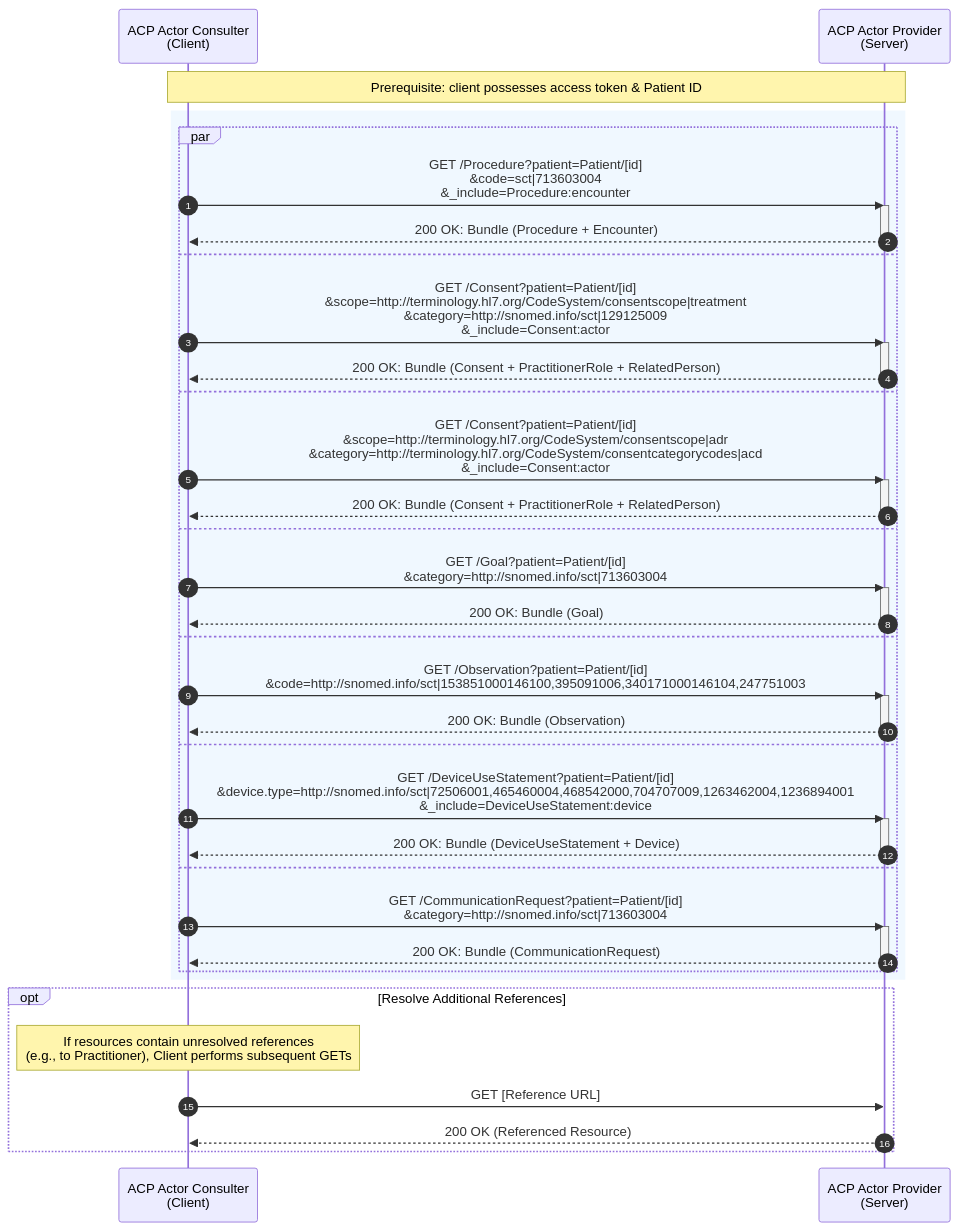
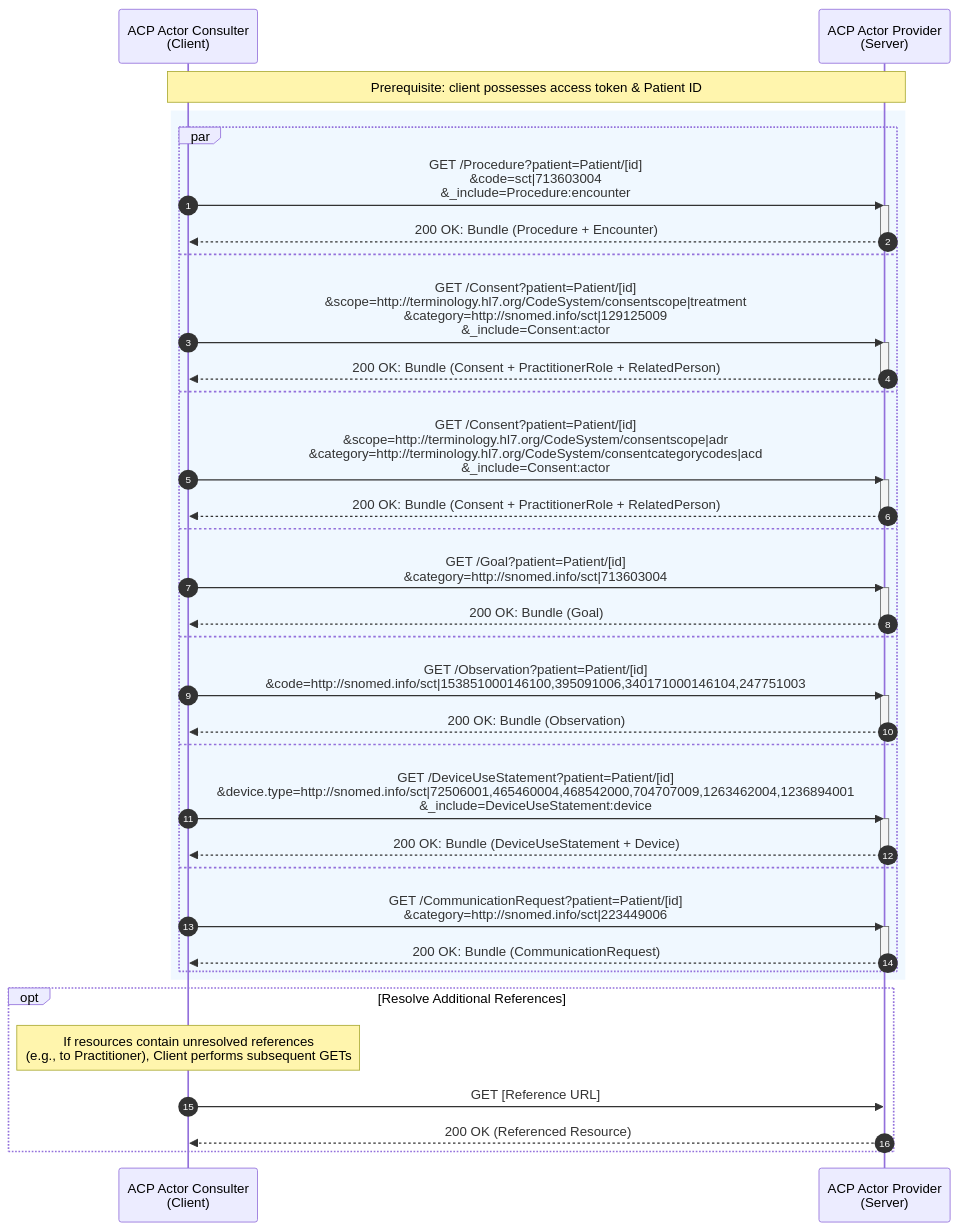
One commit to IKNL/PZP-FHIR-R4 changed the diagram in input/includes/fhir-data-exchange-individual-resources-mermaid-diagram.md. Above: the diagram before and after it, drawn with Mermaid. The commit also changed 1 other file, not shown here.

Commit message:
#134 Switch to CommunicationRequest; update SNOMED code
Update CapabilityStatement FSH to use type CommunicationRequest (was Communication) for the ACP-InformRelativesRequest profile. Also update the example mermaid sequence diagram to use SNOMED code 223449006 for the CommunicationRequest category, ensuring the diagram and capability statement align with the correct resource type and category code.

```diff
--- a/input/includes/fhir-data-exchange-individual-resources-mermaid-diagram.md
+++ b/input/includes/fhir-data-exchange-individual-resources-mermaid-diagram.md
@@ -1,63 +1,63 @@
 <div class="mermaid" style="height: 800px; overflow: visible;">
 
 sequenceDiagram
     autonumber
     participant C as ACP Actor Consulter<br>(Client)
     participant S as ACP Actor Provider<br>(Server)
 
     note over C, S: Prerequisite: client possesses access token & Patient ID
 
     rect rgb(240, 248, 255)
   
         par 
             %% 1. Procedures
             C->>S: GET /Procedure?patient=Patient/[id]<br>&code=sct|713603004<br>&_include=Procedure:encounter
             activate S
             S-->>C: 200 OK: Bundle (Procedure + Encounter)
             deactivate S
         and
             %% 2. Consent (TreatmentDirective)
             C->>S: GET /Consent?patient=Patient/[id]<br>&scope=http://terminology.hl7.org/CodeSystem/consentscope|treatment<br>&category=http://snomed.info/sct|129125009<br>&_include=Consent:actor
             activate S
             S-->>C: 200 OK: Bundle (Consent + PractitionerRole + RelatedPerson)
             deactivate S
         and
             %% 3. Consent (AdvanceCareDirective)
             C->>S: GET /Consent?patient=Patient/[id]<br>&scope=http://terminology.hl7.org/CodeSystem/consentscope|adr<br>&category=http://terminology.hl7.org/CodeSystem/consentcategorycodes|acd<br>&_include=Consent:actor
             activate S
             S-->>C: 200 OK: Bundle (Consent + PractitionerRole + RelatedPerson)
             deactivate S
         and
             %% 4. Goals
             C->>S: GET /Goal?patient=Patient/[id]<br>&category=http://snomed.info/sct|713603004
             activate S
             S-->>C: 200 OK: Bundle (Goal)
             deactivate S
         and
             %% 5. Observations
             C->>S: GET /Observation?patient=Patient/[id]<br>&code=http://snomed.info/sct|153851000146100,395091006,340171000146104,247751003
             activate S
             S-->>C: 200 OK: Bundle (Observation)
             deactivate S
         and
             %% 6. Devices
             C->>S: GET /DeviceUseStatement?patient=Patient/[id]<br>&device.type=http://snomed.info/sct|72506001,465460004,468542000,704707009,1263462004,1236894001<br>&_include=DeviceUseStatement:device
             activate S
             S-->>C: 200 OK: Bundle (DeviceUseStatement + Device)
             deactivate S
         and
             %% 7. CommunicationRequests
-            C->>S: GET /CommunicationRequest?patient=Patient/[id]<br>&category=http://snomed.info/sct|713603004
+            C->>S: GET /CommunicationRequest?patient=Patient/[id]<br>&category=http://snomed.info/sct|223449006
             activate S
             S-->>C: 200 OK: Bundle (CommunicationRequest)
             deactivate S
         end
     end
 
     opt Resolve Additional References
         note over C: If resources contain unresolved references<br>(e.g., to Practitioner), Client performs subsequent GETs
         C->>S: GET [Reference URL]
         S-->>C: 200 OK (Referenced Resource)
     end
 
 </div>
```
